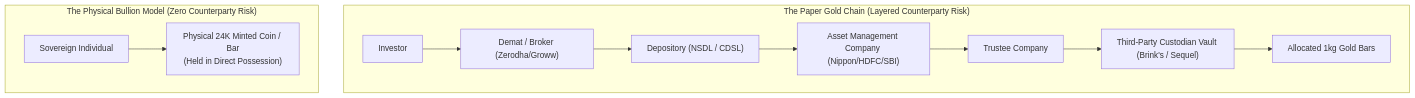
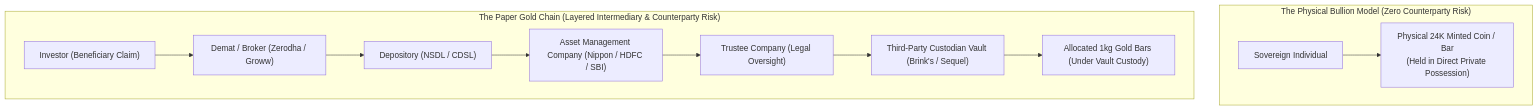
The third of 6 diagrams in src/content/blog/the-bullion-investors-guide-gold-silver-india.md (gauravagarwalgarg/blog), drawn with Mermaid before and after one commit. The commit also changed other lines of this file and 9 other files, not shown here.

Commit message:
feat(ui): add diagram zoom lightbox, optimize diagram layouts, align project cards, and add subject tags

````diff
--- a/src/content/blog/the-bullion-investors-guide-gold-silver-india.md
+++ b/src/content/blog/the-bullion-investors-guide-gold-silver-india.md
@@ -154,15 +154,15 @@
 ```mermaid
-graph TB
-    subgraph PaperSystem["The Paper Gold Chain (Layered Counterparty Risk)"]
-        Investor["Investor"] --> Broker["Demat / Broker (Zerodha/Groww)"]
-        Broker --> Depository["Depository (NSDL / CDSL)"]
-        Depository --> AMC["Asset Management Company (Nippon/HDFC/SBI)"]
-        AMC --> Trustee["Trustee Company"]
-        Trustee --> Custodian["Third-Party Custodian Vault (Brink's / Sequel)"]
-        Custodian --> GoldBar["Allocated 1kg Gold Bars"]
+graph TD
+    subgraph PhysicalBullion["The Physical Bullion Model (Zero Counterparty Risk)"]
+        Holder["Sovereign Individual"] --> PhysicalCoin["Physical 24K Minted Coin / Bar<br/>(Held in Direct Private Possession)"]
     end
 
-    subgraph PhysicalBullion["The Physical Bullion Model (Zero Counterparty Risk)"]
-        Holder["Sovereign Individual"] --> PhysicalCoin["Physical 24K Minted Coin / Bar<br/>(Held in Direct Possession)"]
+    subgraph PaperSystem["The Paper Gold Chain (Layered Intermediary & Counterparty Risk)"]
+        Investor["Investor (Beneficiary Claim)"] --> Broker["Demat / Broker (Zerodha / Groww)"]
+        Broker --> Depository["Depository (NSDL / CDSL)"]
+        Depository --> AMC["Asset Management Company (Nippon / HDFC / SBI)"]
+        AMC --> Trustee["Trustee Company (Legal Oversight)"]
+        Trustee --> Custodian["Third-Party Custodian Vault (Brink's / Sequel)"]
+        Custodian --> GoldBar["Allocated 1kg Gold Bars (Under Vault Custody)"]
     end
 ```
````
